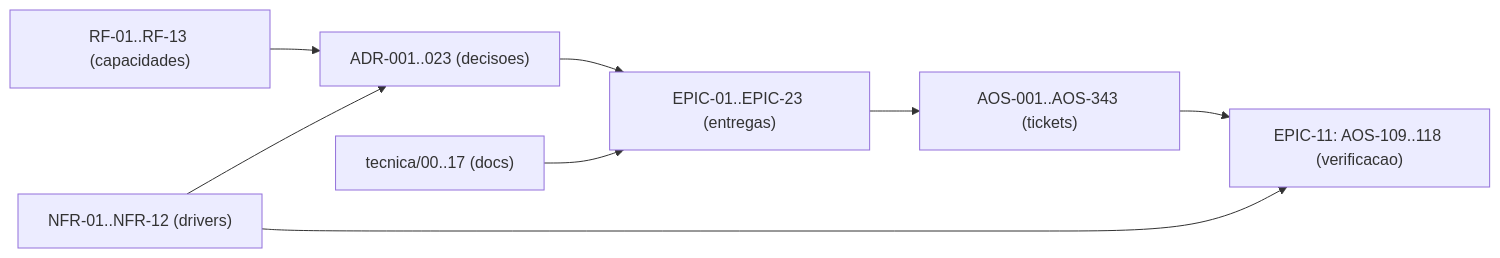
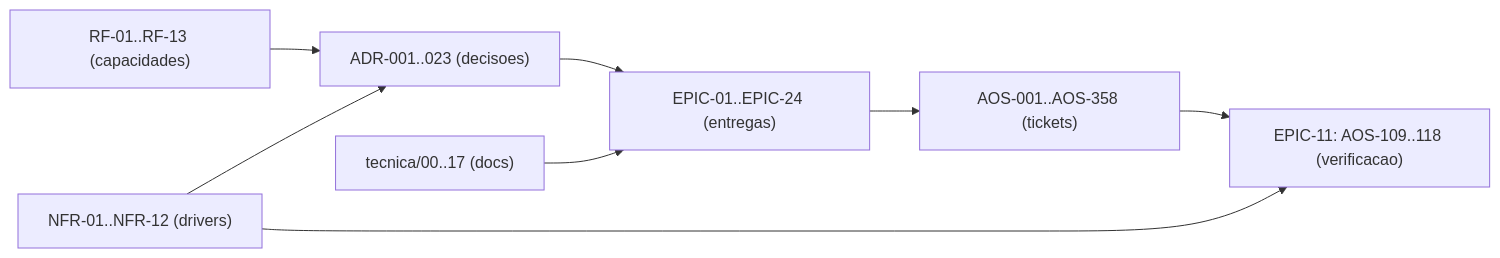
One commit to albinoJimy/aos changed the diagram in tecnica/16_Rastreabilidade_RTM.md. Above: the diagram before and after it, drawn with Mermaid. The commit also changed other lines of this file and 4 other files, not shown here.

````diff
--- a/tecnica/16_Rastreabilidade_RTM.md
+++ b/tecnica/16_Rastreabilidade_RTM.md
@@ -180,10 +180,10 @@
 ```mermaid
 flowchart LR
     RF["RF-01..RF-13 (capacidades)"] --> ADR["ADR-001..023 (decisoes)"]
     NFR["NFR-01..NFR-12 (drivers)"] --> ADR
-    ADR --> EPIC["EPIC-01..EPIC-23 (entregas)"]
-    EPIC --> TICK["AOS-001..AOS-343 (tickets)"]
+    ADR --> EPIC["EPIC-01..EPIC-24 (entregas)"]
+    EPIC --> TICK["AOS-001..AOS-358 (tickets)"]
     DOC["tecnica/00..17 (docs)"] --> EPIC
     TICK --> TEST["EPIC-11: AOS-109..118 (verificacao)"]
     NFR --> TEST
 ```
````
